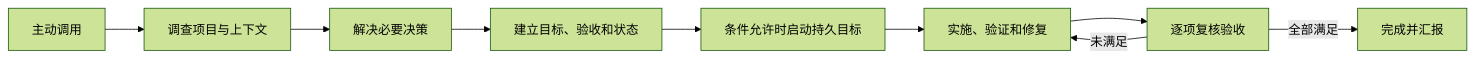
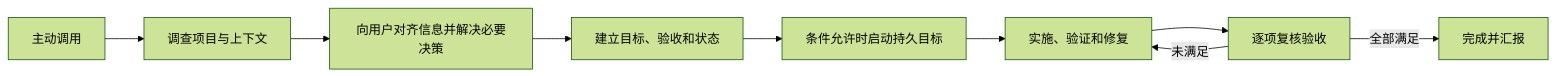
Before and after one commit to 2770578984-ai/large-task-orchestrator: the diagram in README.zh-CN.md, drawn with Mermaid (forest theme). The commit also changed other lines of this file and 14 other files, not shown here.

````diff
--- a/README.zh-CN.md
+++ b/README.zh-CN.md
@@ -9,11 +9,11 @@
 ```mermaid
 flowchart LR
     A[主动调用] --> B[调查项目与上下文]
-    B --> C[解决必要决策]
+    B --> C[向用户对齐信息并解决必要决策]
     C --> D[建立目标、验收和状态]
     D --> E[条件允许时启动持久目标]
     E --> F[实施、验证和修复]
     F --> G[逐项复核验收]
     G -->|未满足| F
     G -->|全部满足| H[完成并汇报]
 ```
````
